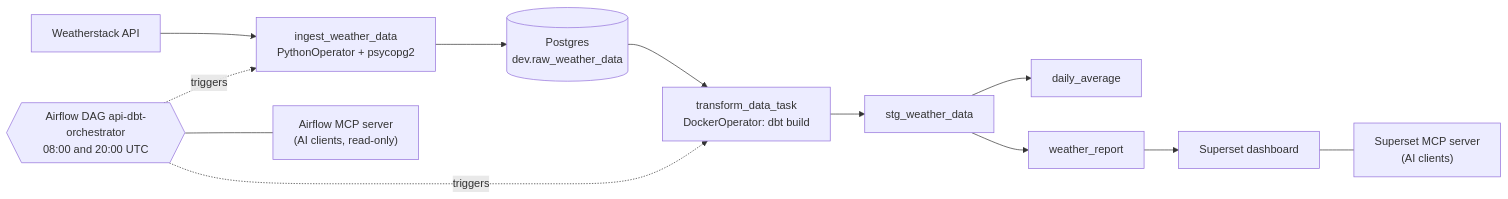
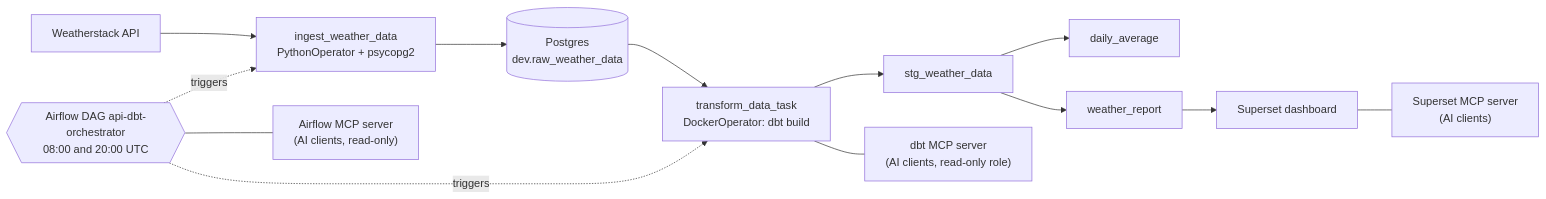
Before and after one commit to henrymarinho90/weather-data-project: the diagram in README.md, drawn with Mermaid. The commit also changed other lines of this file and 7 other files, not shown here.

First line of the commit message:
Add dbt MCP server with a read-only Postgres role

````diff
--- a/README.md
+++ b/README.md
@@ -9,14 +9,15 @@
 ```mermaid
 flowchart LR
     API["Weatherstack API"] --> ING["ingest_weather_data<br/>PythonOperator + psycopg2"]
     ING --> RAW[("Postgres<br/>dev.raw_weather_data")]
     RAW --> DBT["transform_data_task<br/>DockerOperator: dbt build"]
     DBT --> STG["stg_weather_data"]
     STG --> DA["daily_average"]
     STG --> WR["weather_report"]
     WR --> SS["Superset dashboard"]
+    AF{{"Airflow DAG api-dbt-orchestrator<br/>08:00 and 20:00 UTC"}} -. triggers .-> ING
+    AF -. triggers .-> DBT
     SS --- MCP["Superset MCP server<br/>(AI clients)"]
     AF --- AMCP["Airflow MCP server<br/>(AI clients, read-only)"]
-    AF{{"Airflow DAG api-dbt-orchestrator<br/>08:00 and 20:00 UTC"}} -. triggers .-> ING
-    AF -. triggers .-> DBT
+    DBT --- DMCP["dbt MCP server<br/>(AI clients, read-only role)"]
 ```
````
